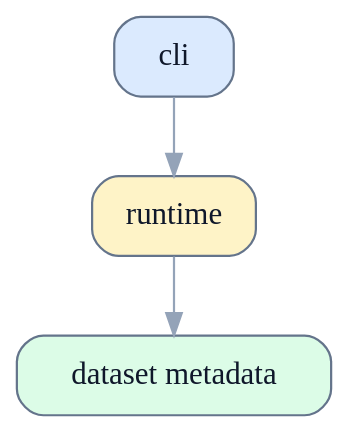
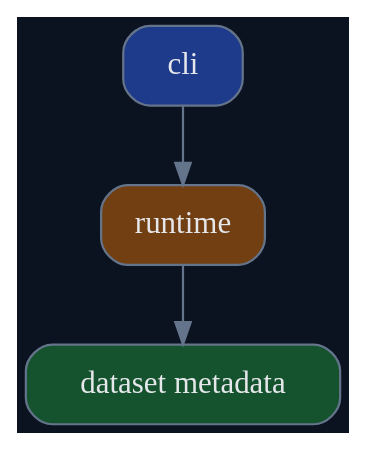
The diagram in skills/write-doc/tests/assets/project-readme/README.md (terencefan/inority-workspace), drawn with Graphviz before and after one commit. The commit also changed 45 other files, not shown here.

````diff
--- a/skills/write-doc/tests/assets/project-readme/README.md
+++ b/skills/write-doc/tests/assets/project-readme/README.md
@@ -21,14 +21,14 @@
 ```dot
 digraph ProjectOverview {
-  graph [bgcolor="transparent"];
-  node [shape=box, style="rounded,filled", color="#64748b", fontcolor="#0f172a", fillcolor="#f8fafc"];
-  edge [color="#94a3b8", fontcolor="#94a3b8"];
+  graph [bgcolor="#0b1220"];
+  node [shape=box, style="rounded,filled", color="#64748b", fontcolor="#e5e7eb", fillcolor="#0f172a"];
+  edge [color="#64748b", fontcolor="#64748b"];
 
-  cli [label="cli", fillcolor="#dbeafe"];
-  runtime [label="runtime", fillcolor="#fef3c7"];
-  data [label="dataset metadata", fillcolor="#dcfce7"];
+  cli [label="cli", fillcolor="#1e3a8a"];
+  runtime [label="runtime", fillcolor="#713f12"];
+  data [label="dataset metadata", fillcolor="#14532d"];
 
   cli -> runtime;
   runtime -> data;
 }
 ```
````
